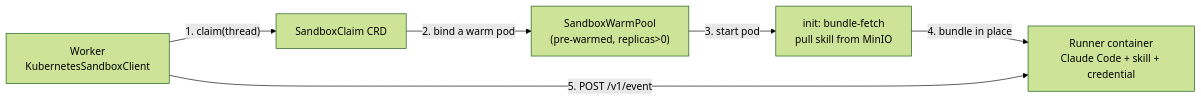
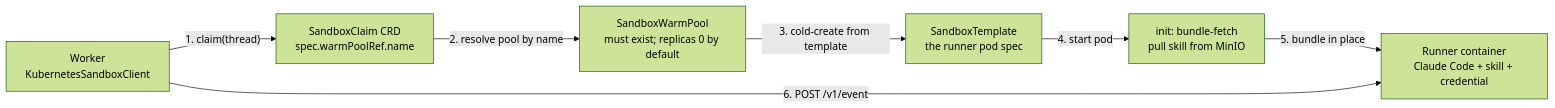
Before and after one commit to coinleftt/curie: the second of 3 diagrams in docs/diagrams/kubernetes.md, drawn with Mermaid (forest theme). The commit also changed other lines of this file and 50 other files, not shown here.

````diff
--- a/docs/diagrams/kubernetes.md
+++ b/docs/diagrams/kubernetes.md
@@ -54,14 +57,16 @@
 ```mermaid
 flowchart LR
     Worker["Worker<br/>KubernetesSandboxClient"]
-    Claim["SandboxClaim CRD"]
-    Pool["SandboxWarmPool<br/>(pre-warmed, replicas>0)"]
+    Claim["SandboxClaim CRD<br/>spec.warmPoolRef.name"]
+    Pool["SandboxWarmPool<br/>must exist; replicas 0 by default"]
+    Tmpl["SandboxTemplate<br/>the runner pod spec"]
     Init["init: bundle-fetch<br/>pull skill from MinIO"]
     Runner["Runner container<br/>Claude Code + skill + credential"]
 
     Worker -- "1. claim(thread)" --> Claim
-    Claim -- "2. bind a warm pod" --> Pool
-    Pool -- "3. start pod" --> Init
-    Init -- "4. bundle in place" --> Runner
-    Worker -- "5. POST /v1/event" --> Runner
+    Claim -- "2. resolve pool by name" --> Pool
+    Pool -- "3. cold-create from template" --> Tmpl
+    Tmpl -- "4. start pod" --> Init
+    Init -- "5. bundle in place" --> Runner
+    Worker -- "6. POST /v1/event" --> Runner
 ```
````
